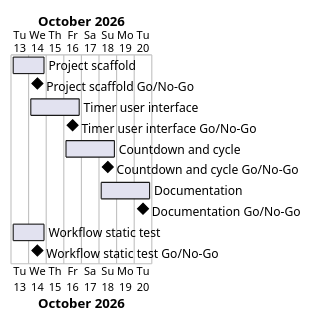
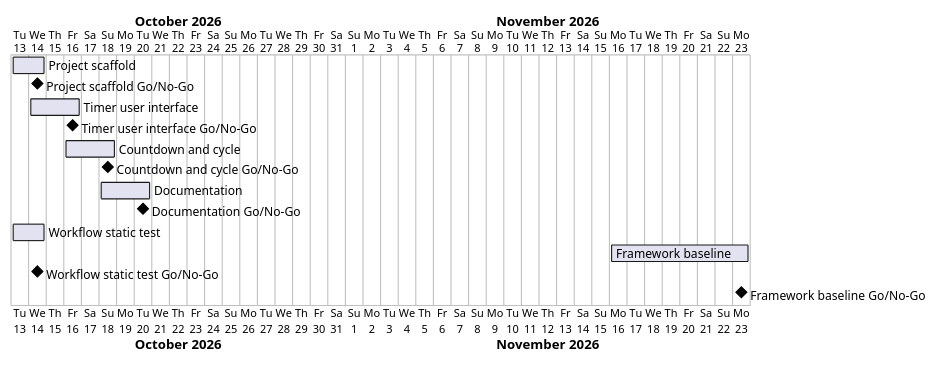
Before and after one commit to Tirsvad-Udemy-100-days-of-code/028-pomodoro: the diagram in docs/project-plan.md, drawn with PlantUML. The commit also changed other lines of this file and 45 other files, not shown here.

First line of the commit message:
Bring the project to the framework baseline (MIL-006)

````diff
--- a/docs/project-plan.md
+++ b/docs/project-plan.md
@@ -41,15 +45,17 @@
 ```plantuml
 @startgantt
 Project starts 2026-10-13
 [Project scaffold] starts 2026-10-13 and ends 2026-10-14
 [Project scaffold Go/No-Go] happens 2026-10-14
 [Timer user interface] starts 2026-10-14 and ends 2026-10-16
 [Timer user interface Go/No-Go] happens 2026-10-16
 [Countdown and cycle] starts 2026-10-16 and ends 2026-10-18
 [Countdown and cycle Go/No-Go] happens 2026-10-18
 [Documentation] starts 2026-10-18 and ends 2026-10-20
 [Documentation Go/No-Go] happens 2026-10-20
 [Workflow static test] starts 2026-10-13 and ends 2026-10-14
+[Framework baseline] starts 2026-11-16 and ends 2026-11-23
 [Workflow static test Go/No-Go] happens 2026-10-14
+[Framework baseline Go/No-Go] happens 2026-11-23
 @endgantt
 ```
````
